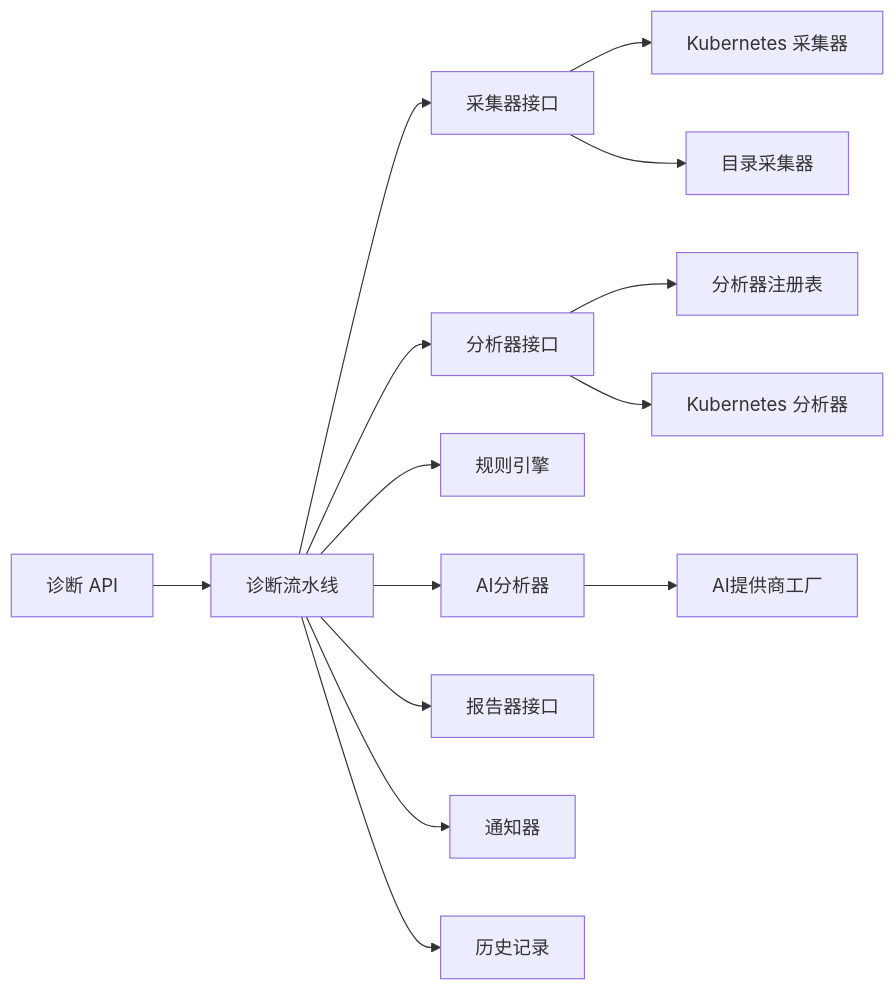
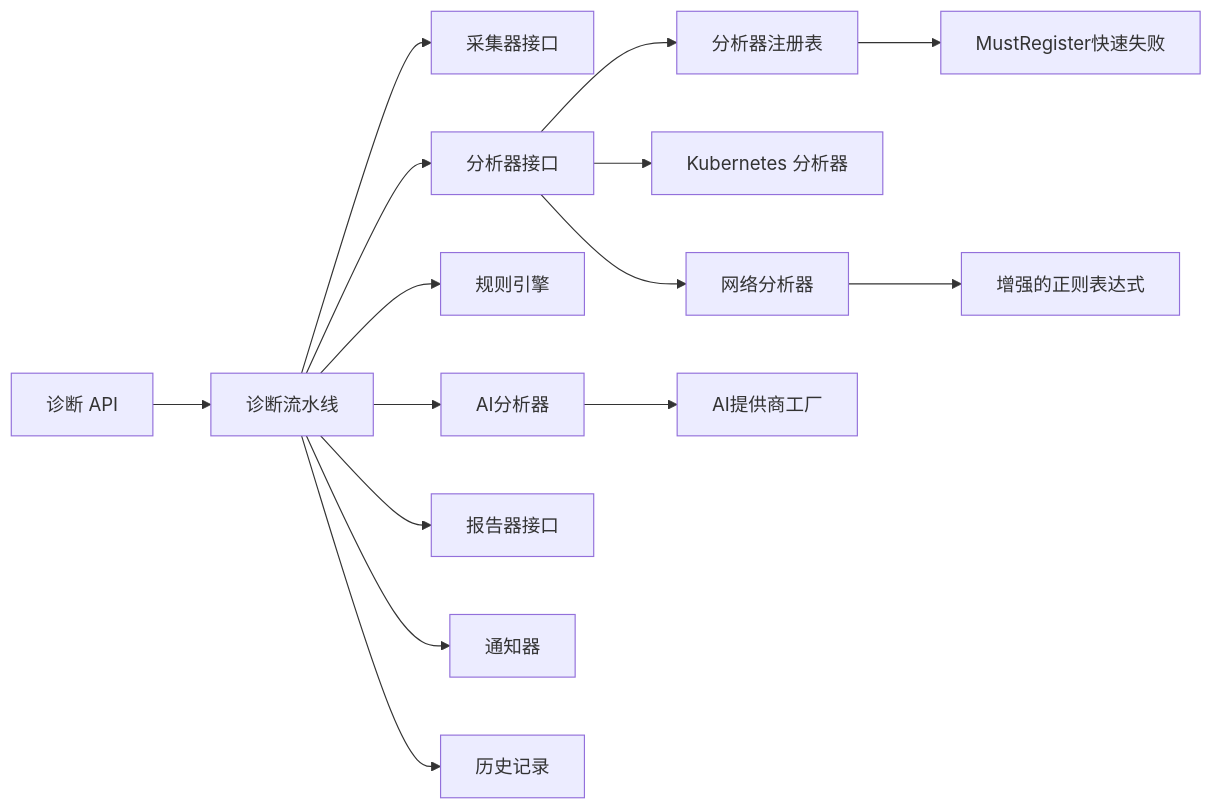
The ninth of 9 diagrams in .qoder/repowiki/zh/content/系统架构/诊断引擎架构/诊断引擎架构.md (kudig-io/klaw), drawn with Mermaid before and after one commit. The commit also changed other lines of this file and 48 other files, not shown here.

````diff
--- a/.qoder/repowiki/zh/content/系统架构/诊断引擎架构/诊断引擎架构.md
+++ b/.qoder/repowiki/zh/content/系统架构/诊断引擎架构/诊断引擎架构.md
@@ -396,16 +448,17 @@
 ```mermaid
 graph LR
 API["诊断 API"] --> PIPE["诊断流水线"]
 PIPE --> COL_IF["采集器接口"]
 PIPE --> ANA_IF["分析器接口"]
 PIPE --> RLS["规则引擎"]
 PIPE --> AI_IF["AI分析器"]
 PIPE --> REP_IF["报告器接口"]
 PIPE --> NOTI["通知器"]
 PIPE --> HIST["历史记录"]
-COL_IF --> K8S_COL["Kubernetes 采集器"]
-COL_IF --> DIR_COL["目录采集器"]
 ANA_IF --> REG["分析器注册表"]
+REG --> MUST_REG["MustRegister快速失败"]
 ANA_IF --> K8S_ANA["Kubernetes 分析器"]
+ANA_IF --> NET_ANA["网络分析器"]
+NET_ANA --> IMPROVED_REGEX["增强的正则表达式"]
 AI_IF --> AI_PROVIDER["AI提供商工厂"]
 ```
````
